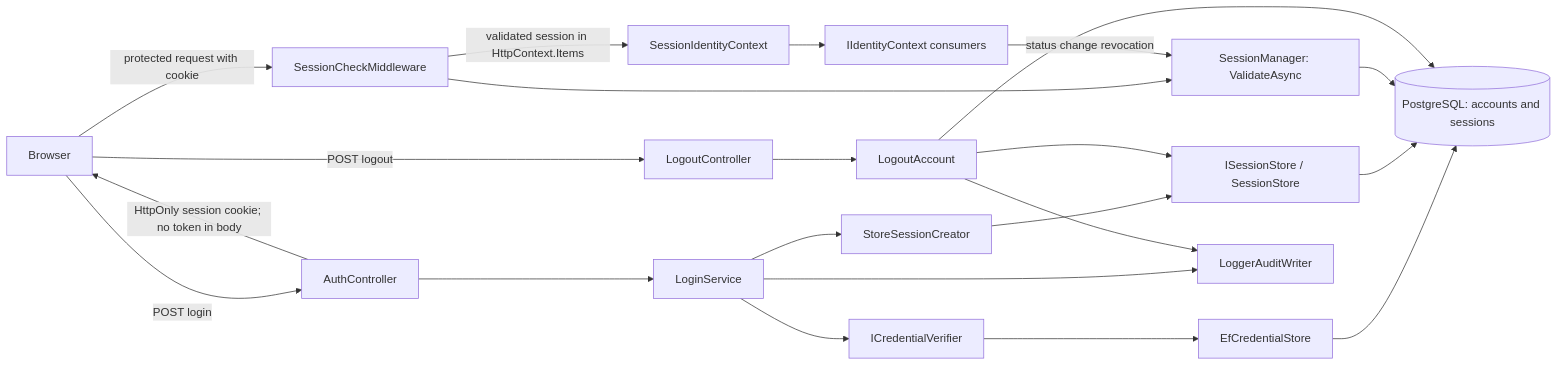
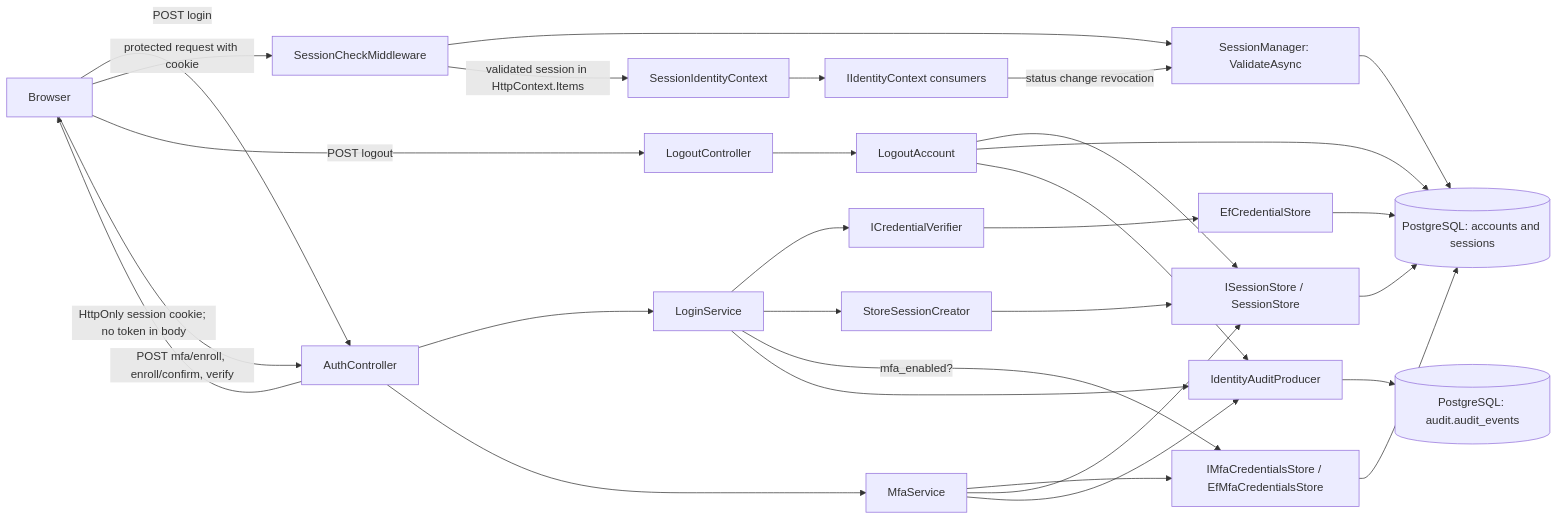
Before and after one commit to owlCoder/security-lab: the diagram in docs/components/identity/IDN-02_IDN-06_ARCHITECTURE.md, drawn with Mermaid. The commit also changed other lines of this file and 8 other files, not shown here.

First line of the commit message:
docs: sync Identity and Audit docs with US-17/US-18 MFA and the Audit module

````diff
--- a/docs/components/identity/IDN-02_IDN-06_ARCHITECTURE.md
+++ b/docs/components/identity/IDN-02_IDN-06_ARCHITECTURE.md
@@ -41,27 +43,37 @@
 ```mermaid
 flowchart LR
   Browser[Browser] -->|POST login| Auth[AuthController]
   Auth --> Login[LoginService]
   Login --> Cred[ICredentialVerifier]
   Cred --> Accounts[EfCredentialStore]
   Accounts --> DB[("PostgreSQL: accounts and sessions")]
   Login --> Creator[StoreSessionCreator]
   Creator --> Store[ISessionStore / SessionStore]
   Store --> DB
   Auth -->|HttpOnly session cookie; no token in body| Browser
 
   Browser -->|protected request with cookie| Middleware[SessionCheckMiddleware]
   Middleware --> Manager[SessionManager: ValidateAsync]
   Manager --> DB
   Middleware -->|validated session in HttpContext.Items| Context[SessionIdentityContext]
   Context --> Consumers[IIdentityContext consumers]
 
   Browser -->|POST logout| LogoutController
   LogoutController --> Logout[LogoutAccount]
   Logout --> Store
   Logout --> DB
 
   Consumers -->|status change revocation| Manager
-  Login --> Audit[LoggerAuditWriter]
+
+  Browser -->|POST mfa/enroll, enroll/confirm, verify| Auth
+  Auth --> Mfa[MfaService]
+  Mfa --> MfaStore[IMfaCredentialsStore / EfMfaCredentialsStore]
+  MfaStore --> DB
+  Mfa --> Store
+  Login -->|mfa_enabled?| MfaStore
+
+  Login --> Audit[IdentityAuditProducer]
   Logout --> Audit
+  Mfa --> Audit
+  Audit --> AuditDB[("PostgreSQL: audit.audit_events")]
 ```
````
